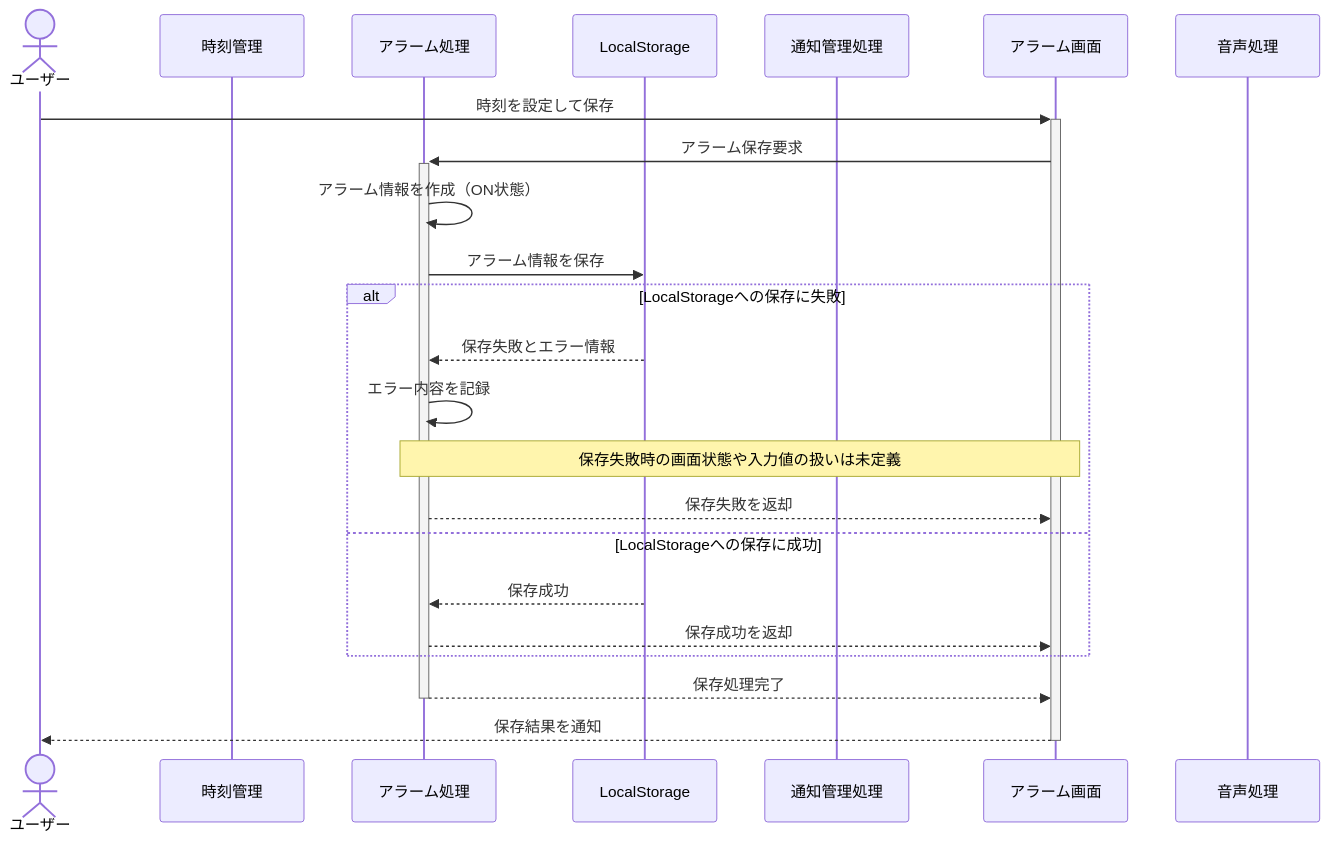
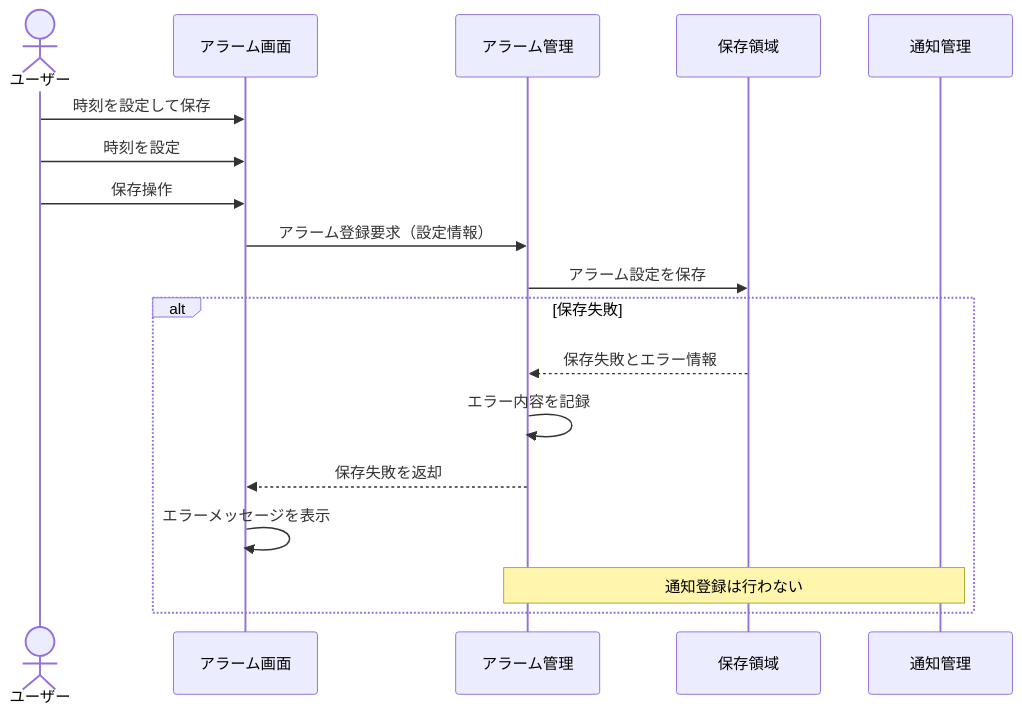
Before and after one commit to shun62201234-crypto/timerApplication: the second of 6 diagrams in document/設計/シーケンス図/アラームシーケンス図.md, drawn with Mermaid. The commit also changed other lines of this file, not shown here.

First line of the commit message:
アラームシーケンス図の整理と共通処理への集約

````diff
--- a/document/設計/シーケンス図/アラームシーケンス図.md
+++ b/document/設計/シーケンス図/アラームシーケンス図.md
@@ -48,28 +39,24 @@
 ```mermaid
 sequenceDiagram
     actor User as ユーザー
-    participant Clock as 時刻管理
-    participant Alarm as アラーム処理
-    participant Storage as LocalStorage
-    participant Notify as 通知管理処理
     participant UI as アラーム画面
-    participant Audio as 音声処理
+    participant Alarm as アラーム管理
+    participant Storage as 保存領域
+    participant Notify as 通知管理
 
-    User->>+UI: 時刻を設定して保存
-    UI->>+Alarm: アラーム保存要求
-    Alarm->>Alarm: アラーム情報を作成（ON状態）
-    Alarm->>Storage: アラーム情報を保存
+    User->>UI: 時刻を設定して保存
+    User->>UI: 時刻を設定
+    User->>UI: 保存操作
 
-    alt LocalStorageへの保存に失敗
+    UI->>Alarm: アラーム登録要求（設定情報）
+    Alarm->>Storage: アラーム設定を保存
+
+    alt 保存失敗
         Storage-->>Alarm: 保存失敗とエラー情報
         Alarm->>Alarm: エラー内容を記録
-        Note over Alarm,UI: 保存失敗時の画面状態や入力値の扱いは未定義
         Alarm-->>UI: 保存失敗を返却
-    else LocalStorageへの保存に成功
-        Storage-->>Alarm: 保存成功
-        Alarm-->>UI: 保存成功を返却
+        UI->>UI: エラーメッセージを表示
+
+        Note over Alarm,Notify: 通知登録は行わない
     end
-
-    Alarm-->>-UI: 保存処理完了
-    UI-->>-User: 保存結果を通知
 ```
````
